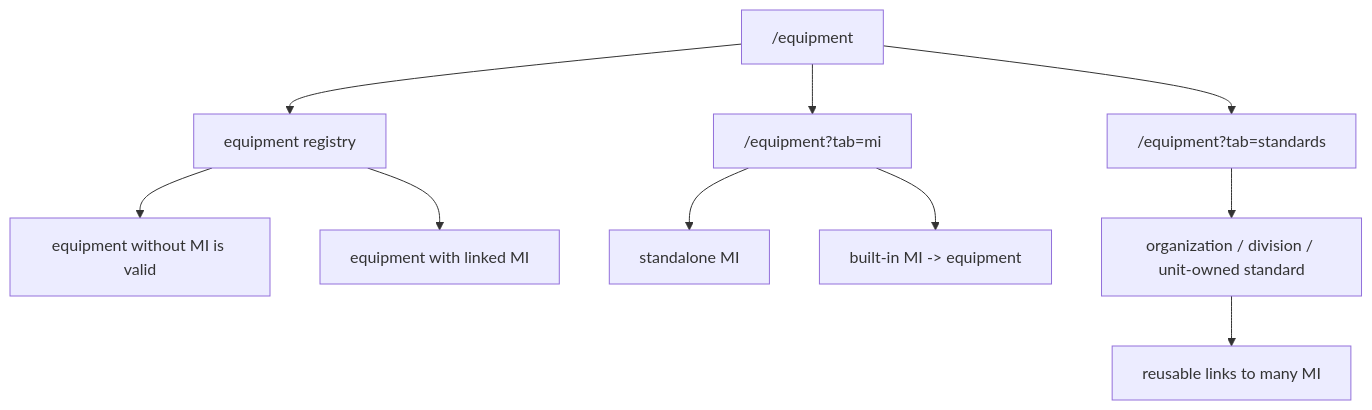
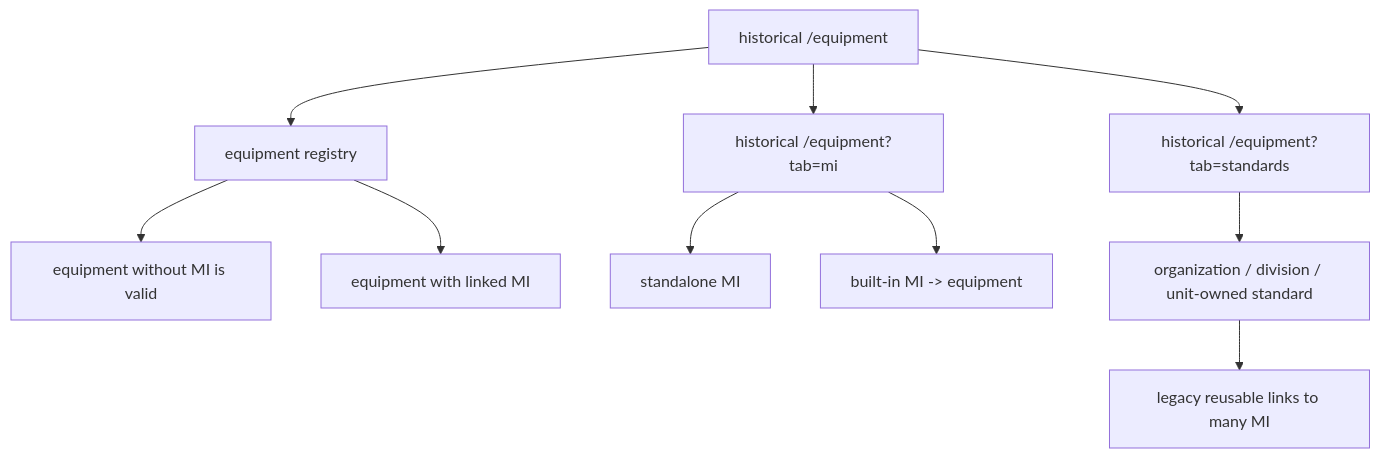
Before and after one commit to vrk-app/vrk: diagram 11 of 13 in docs/architecture/identity-master-data.md, drawn with Mermaid. The commit also changed other lines of this file and 196 other files, not shown here.

````diff
--- a/docs/architecture/identity-master-data.md
+++ b/docs/architecture/identity-master-data.md
@@ -526,12 +573,12 @@
 ```mermaid
 flowchart TD
-    A["/equipment"] --> B["equipment registry"]
-    A --> C["/equipment?tab=mi"]
-    A --> D["/equipment?tab=standards"]
+    A["historical /equipment"] --> B["equipment registry"]
+    A --> C["historical /equipment?tab=mi"]
+    A --> D["historical /equipment?tab=standards"]
     B --> E["equipment without MI is valid"]
     B --> F["equipment with linked MI"]
     C --> G["standalone MI"]
     C --> H["built-in MI -> equipment"]
     D --> I["organization / division / unit-owned standard"]
-    I --> J["reusable links to many MI"]
+    I --> J["legacy reusable links to many MI"]
 ```
````
